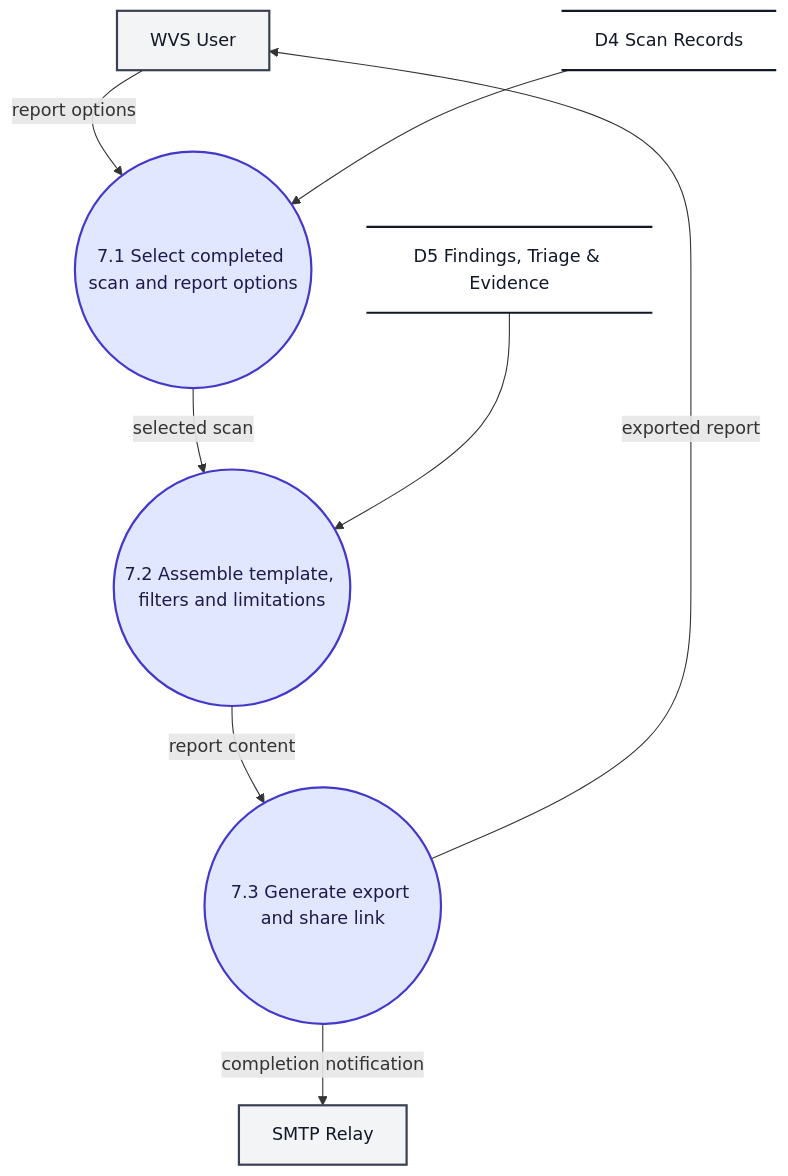
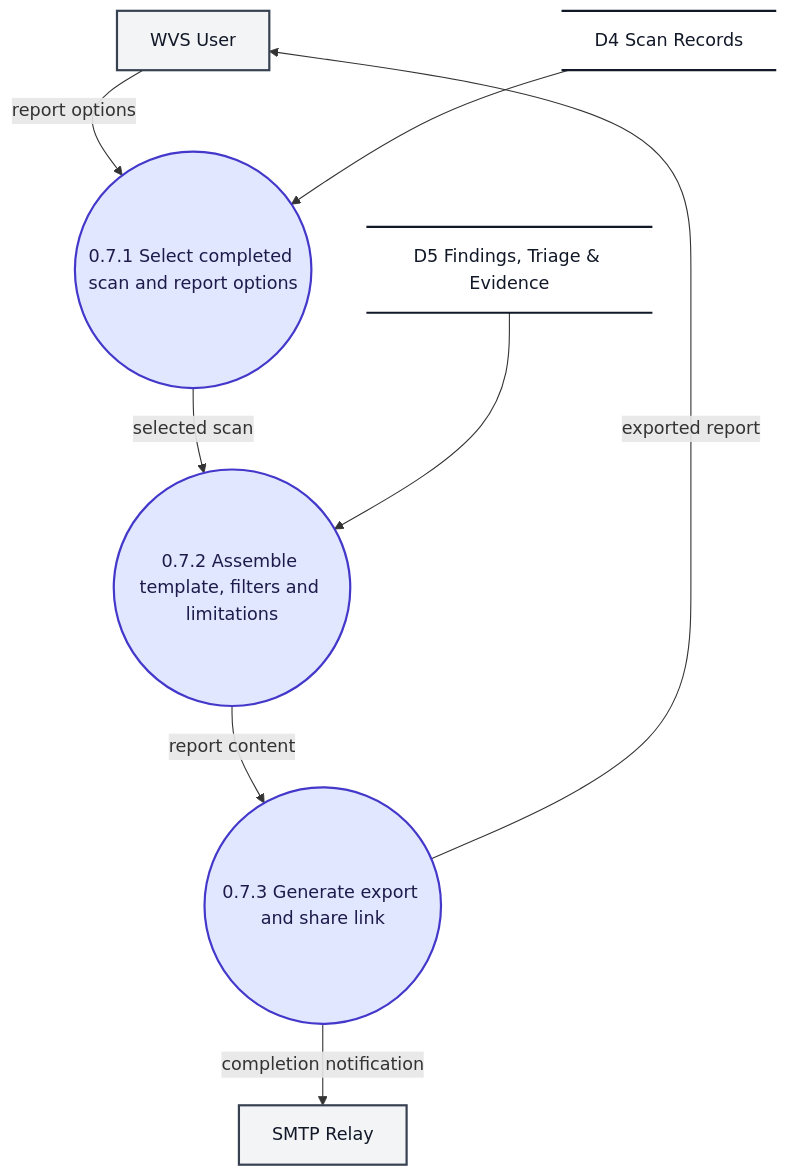
The ninth of 10 diagrams in docs/Website_Vulnerability_Scanner_DFD.md (ksacheth/software-engineering), drawn with Mermaid before and after one commit. The commit also changed other lines of this file and 25 other files, not shown here.

Commit message:
docs(dfd): refine scanner data flow diagrams

````diff
--- a/docs/Website_Vulnerability_Scanner_DFD.md
+++ b/docs/Website_Vulnerability_Scanner_DFD.md
@@ -371,31 +385,31 @@
 ```mermaid
 flowchart TD
     %% Level 2 DFD - F.7 Reporting and Export
 
     User["WVS User"]
     SMTP["SMTP Relay"]
 
-    P71(("7.1 Select completed scan and report options"))
-    P72(("7.2 Assemble template, filters and limitations"))
-    P73(("7.3 Generate export and share link"))
+    P71(("0.7.1 Select completed scan and report options"))
+    P72(("0.7.2 Assemble template, filters and limitations"))
+    P73(("0.7.3 Generate export and share link"))
 
     D4@{ shape: datastore, label: "D4 Scan Records" }
     D5@{ shape: datastore, label: "D5 Findings, Triage & Evidence" }
 
     User -->|"report options"| P71
     P71 -->|"selected scan"| P72
     P72 -->|"report content"| P73
     P73 -->|"exported report"| User
 
     D4 --> P71
     D5 --> P72
     P73 -->|"completion notification"| SMTP
 
     %% Styling
     classDef process fill:#e0e7ff,stroke:#4338ca,stroke-width:2px,color:#1e1b4b;
     classDef entity fill:#f3f4f6,stroke:#374151,stroke-width:2px,color:#111827;
     classDef store fill:transparent,stroke:#111827,stroke-width:2px,color:#111827;
     class P71,P72,P73 process;
     class User,SMTP entity;
     class D4,D5 store;
 ```
````
